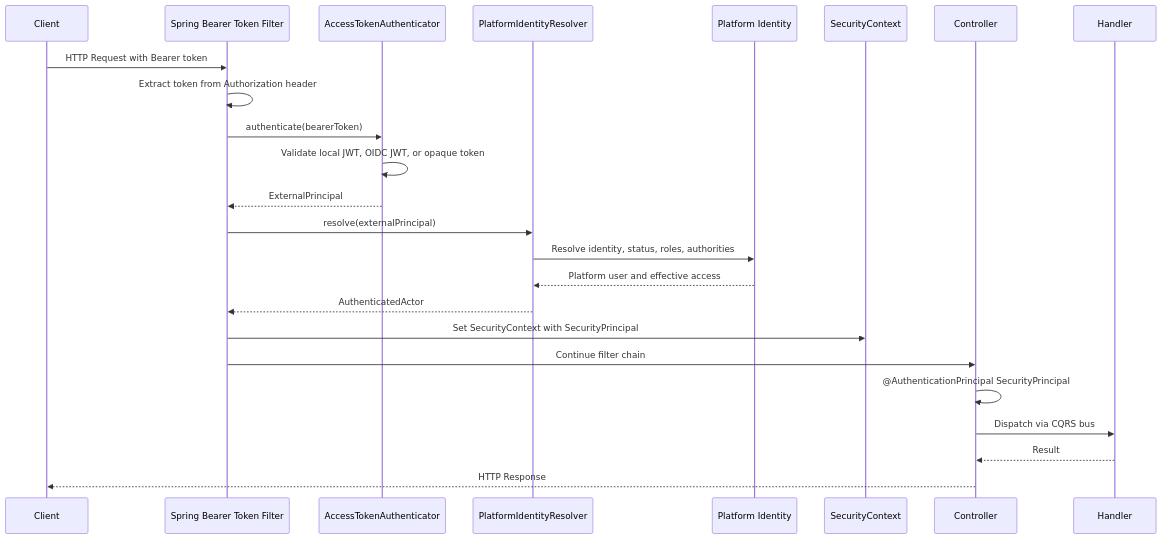
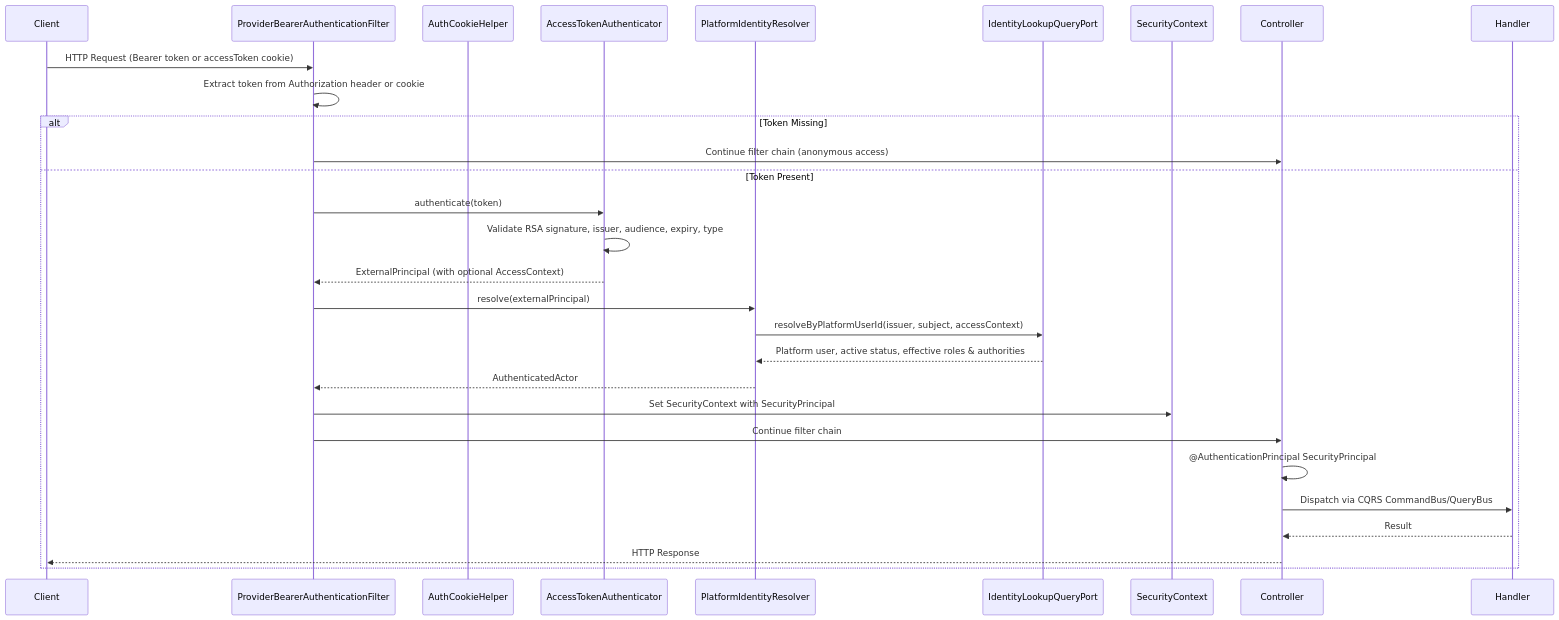
The second of 7 diagrams in docs/dev/domain/identity/architecture/DGR_002-Identity_module_architecture.md (khinemyaezin/grab), drawn with Mermaid before and after one commit. The commit also changed other lines of this file and 178 other files, not shown here.

Commit message:
feat: enhance identity module with merchant ID support and new security manifest commands

````diff
--- a/docs/dev/domain/identity/architecture/DGR_002-Identity_module_architecture.md
+++ b/docs/dev/domain/identity/architecture/DGR_002-Identity_module_architecture.md
@@ -62,27 +55,32 @@
 ```mermaid
 sequenceDiagram
     participant Client
-    participant Filter as Spring Bearer Token Filter
+    participant Filter as ProviderBearerAuthenticationFilter
+    participant CookieHelper as AuthCookieHelper
     participant Auth as AccessTokenAuthenticator
     participant Resolver as PlatformIdentityResolver
-    participant Identity as Platform Identity
+    participant Identity as IdentityLookupQueryPort
     participant SC as SecurityContext
     participant Controller
     participant Handler
 
-    Client->>Filter: HTTP Request with Bearer token
-    Filter->>Filter: Extract token from Authorization header
-    Filter->>Auth: authenticate(bearerToken)
-    Auth->>Auth: Validate local JWT, OIDC JWT, or opaque token
-    Auth-->>Filter: ExternalPrincipal
-    Filter->>Resolver: resolve(externalPrincipal)
-    Resolver->>Identity: Resolve identity, status, roles, authorities
-    Identity-->>Resolver: Platform user and effective access
-    Resolver-->>Filter: AuthenticatedActor
-    Filter->>SC: Set SecurityContext with SecurityPrincipal
-    Filter->>Controller: Continue filter chain
-    Controller->>Controller: @AuthenticationPrincipal SecurityPrincipal
-    Controller->>Handler: Dispatch via CQRS bus
-    Handler-->>Controller: Result
-    Controller-->>Client: HTTP Response
+    Client->>Filter: HTTP Request (Bearer token or accessToken cookie)
+    Filter->>Filter: Extract token from Authorization header or cookie
+    alt Token Missing
+        Filter->>Controller: Continue filter chain (anonymous access)
+    else Token Present
+        Filter->>Auth: authenticate(token)
+        Auth->>Auth: Validate RSA signature, issuer, audience, expiry, type
+        Auth-->>Filter: ExternalPrincipal (with optional AccessContext)
+        Filter->>Resolver: resolve(externalPrincipal)
+        Resolver->>Identity: resolveByPlatformUserId(issuer, subject, accessContext)
+        Identity-->>Resolver: Platform user, active status, effective roles & authorities
+        Resolver-->>Filter: AuthenticatedActor
+        Filter->>SC: Set SecurityContext with SecurityPrincipal
+        Filter->>Controller: Continue filter chain
+        Controller->>Controller: @AuthenticationPrincipal SecurityPrincipal
+        Controller->>Handler: Dispatch via CQRS CommandBus/QueryBus
+        Handler-->>Controller: Result
+        Controller-->>Client: HTTP Response
+    end
 ```
````
